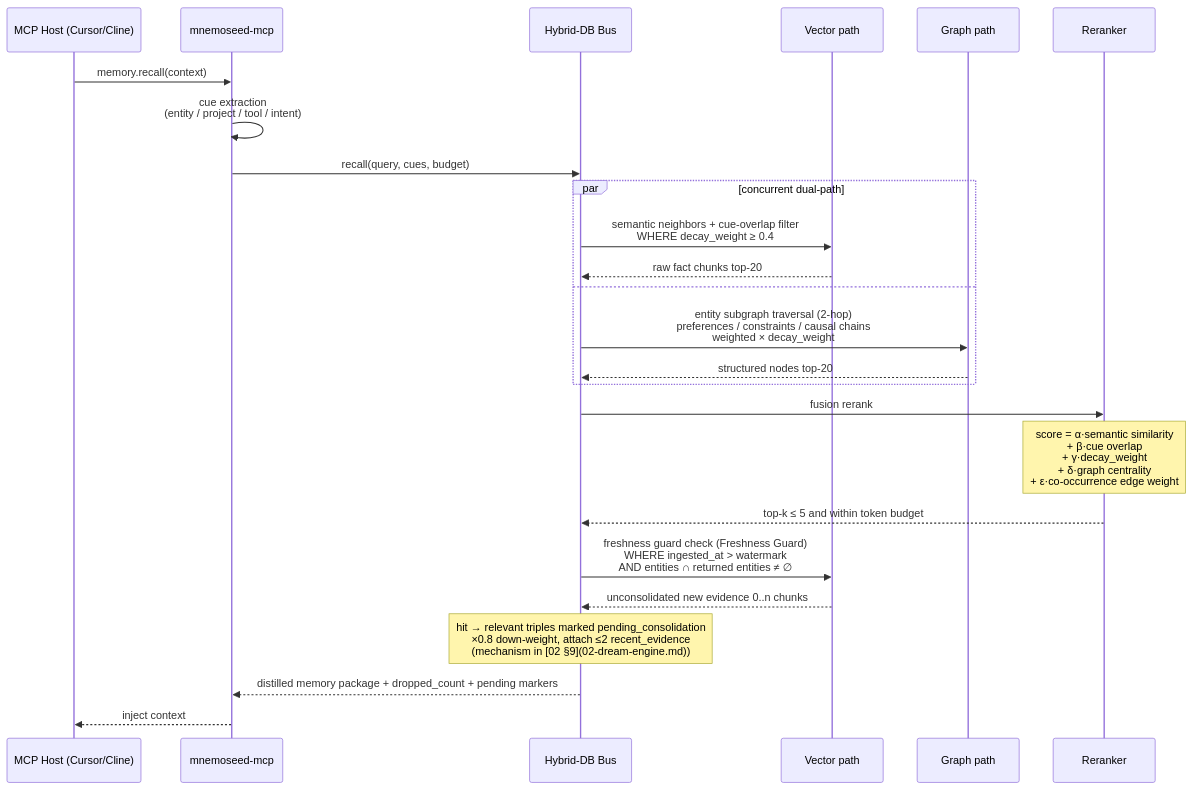
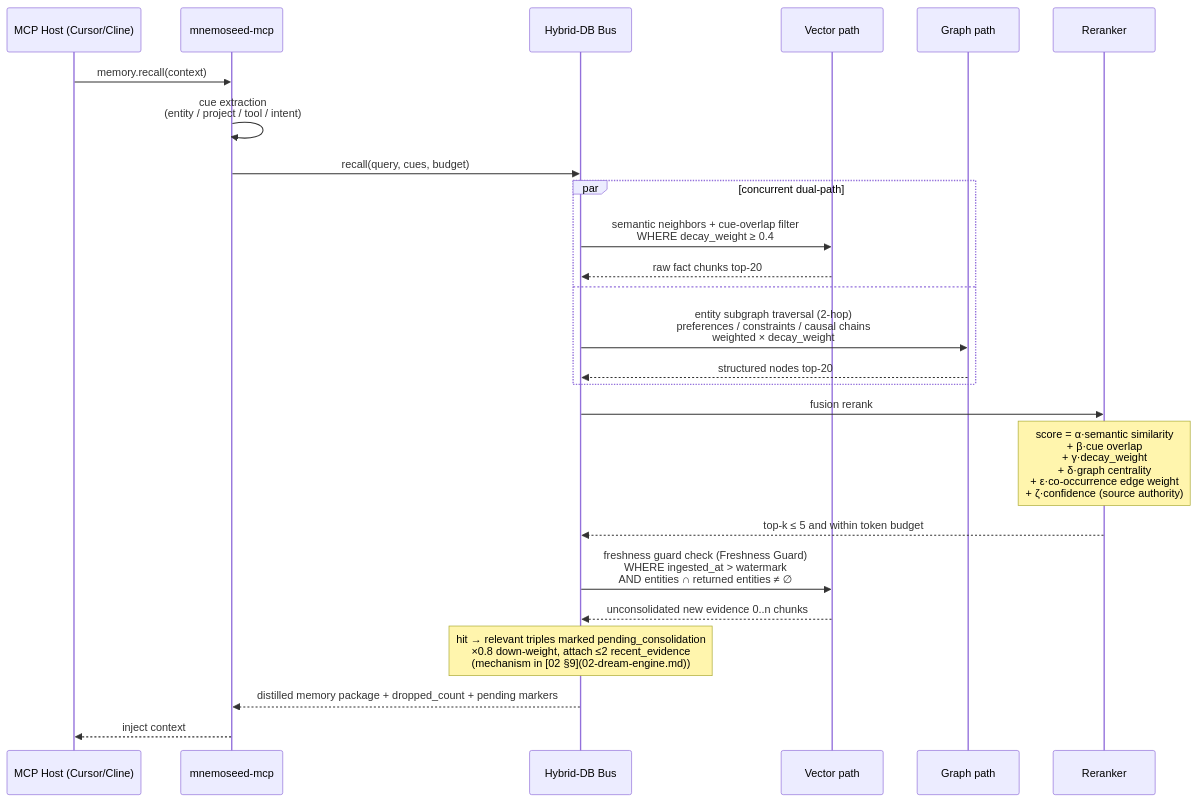
Before and after one commit to MnemoSeed/mnemoseed: the first of 2 diagrams in docs/design/03-storage-and-retrieval.md, drawn with Mermaid. The commit also changed 4 other files, not shown here.

Commit message:
docs(en): sync promotion quality gate section + FR-2.15/FR-4.9/schema v5/rerank confidence

````diff
--- a/docs/design/03-storage-and-retrieval.md
+++ b/docs/design/03-storage-and-retrieval.md
@@ -42,28 +42,28 @@
 ```mermaid
 sequenceDiagram
     participant Host as MCP Host (Cursor/Cline)
     participant GW as mnemoseed-mcp
     participant HB as Hybrid-DB Bus
     participant V as Vector path
     participant G as Graph path
     participant RR as Reranker
 
     Host->>GW: memory.recall(context)
     GW->>GW: cue extraction<br/>(entity / project / tool / intent)
     GW->>HB: recall(query, cues, budget)
     par concurrent dual-path
         HB->>V: semantic neighbors + cue-overlap filter<br/>WHERE decay_weight ≥ 0.4
         V-->>HB: raw fact chunks top-20
     and
         HB->>G: entity subgraph traversal (2-hop)<br/>preferences / constraints / causal chains<br/>weighted × decay_weight
         G-->>HB: structured nodes top-20
     end
     HB->>RR: fusion rerank
-    Note over RR: score = α·semantic similarity<br/>+ β·cue overlap<br/>+ γ·decay_weight<br/>+ δ·graph centrality<br/>+ ε·co-occurrence edge weight
+    Note over RR: score = α·semantic similarity<br/>+ β·cue overlap<br/>+ γ·decay_weight<br/>+ δ·graph centrality<br/>+ ε·co-occurrence edge weight<br/>+ ζ·confidence (source authority)
     RR-->>HB: top-k ≤ 5 and within token budget
     HB->>V: freshness guard check (Freshness Guard)<br/>WHERE ingested_at > watermark<br/>AND entities ∩ returned entities ≠ ∅
     V-->>HB: unconsolidated new evidence 0..n chunks
     Note over HB: hit → relevant triples marked pending_consolidation<br/>×0.8 down-weight, attach ≤2 recent_evidence<br/>(mechanism in [02 §9](02-dream-engine.md))
     HB-->>GW: distilled memory package + dropped_count + pending markers
     GW-->>Host: inject context
 ```
````
